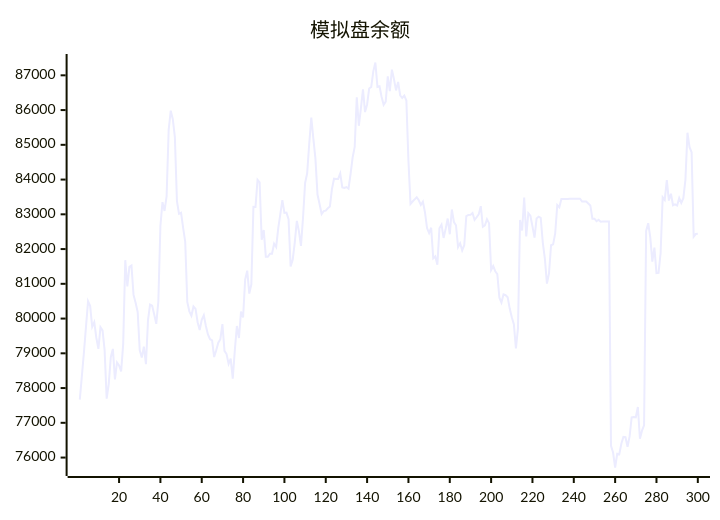
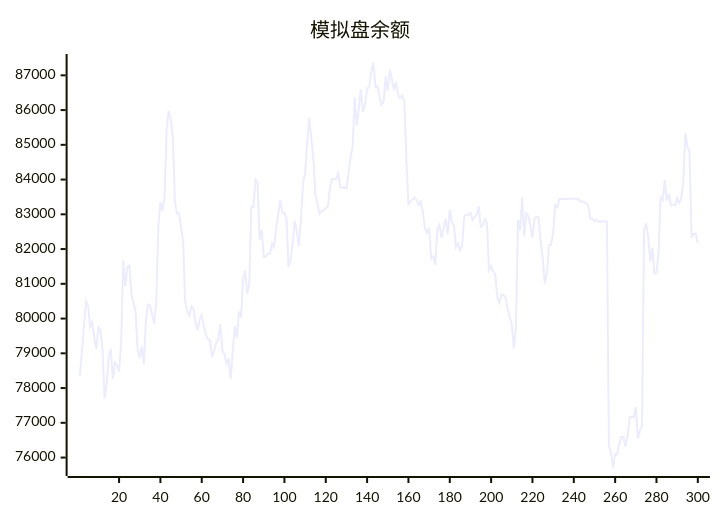
One commit to aahl/ai-trading changed the diagram in README.md. Above: the diagram before and after it, drawn with Mermaid. The commit also changed other lines of this file and 1 other file, not shown here.

````diff
--- a/README.md
+++ b/README.md
@@ -5,5 +5,5 @@
 ```mermaid
 xychart
     title "模拟盘余额"
-    line [77669,78346,79023,79769,80497,80366,79761,79896,79448,79126,79749,79658,79097,77695,78114,78888,79126,78249,78738,78653,78478,79271,81680,80923,81488,81527,80681,80455,80190,79084,78879,79193,78686,79954,80403,80374,80118,79848,80491,82665,83351,83098,83525,85430,85983,85737,85221,83378,83014,83043,82613,82216,80477,80208,80081,80348,80277,79894,79670,79965,80093,79786,79542,79406,79371,78893,79087,79304,79406,79841,79072,78978,78696,78846,78272,79085,79787,79442,80198,80031,81120,81379,80718,80985,83214,83212,83993,83921,82270,82547,81776,81776,81866,81866,82158,82061,82596,83000,83408,83041,83050,82858,81503,81691,82188,82812,82517,82092,82901,83898,84180,85030,85781,85178,84604,83569,83298,83008,83093,83107,83175,83228,83729,84025,84017,84019,84177,83775,83762,83785,83738,84160,84639,84939,86370,85548,86046,86599,85942,86161,86622,86664,87115,87369,86666,86685,86384,86152,86243,86969,86548,87164,86885,86566,86809,86427,86348,86417,86273,84538,83299,83369,83430,83490,83404,83270,83362,83056,82605,82459,82614,81734,81788,81551,82598,82702,82320,82580,82878,82426,83139,82778,82686,82056,82166,81963,82110,82951,82983,82984,83038,82838,82915,82998,83235,82642,82682,82858,82746,81396,81512,81362,81277,80600,80461,80699,80673,80616,80288,80038,79836,79142,79722,82837,82533,83480,82366,83032,82960,82654,82330,82883,82934,82901,82188,81728,81005,81298,82110,82135,82449,83264,83203,83440,83439,83440,83440,83446,83447,83448,83447,83448,83449,83369,83369,83369,83313,83256,82872,82873,82801,82844,82785,82791,82791,82793,82794,76339,76145,75714,76110,76096,76397,76594,76585,76310,76607,77160,77170,77160,77456,76541,76774,76927,82520,82744,82337,81639,82040,81307,81314,81887,83490,83414,83984,83396,83594,83261,83287,83253,83470,83327,83465,83987,85348,84930,84786,82355,82433,82438]
+    line [78346,79023,79769,80497,80366,79761,79896,79448,79126,79749,79658,79097,77695,78114,78888,79126,78249,78738,78653,78478,79271,81680,80923,81488,81527,80681,80455,80190,79084,78879,79193,78686,79954,80403,80374,80118,79848,80491,82665,83351,83098,83525,85430,85983,85737,85221,83378,83014,83043,82613,82216,80477,80208,80081,80348,80277,79894,79670,79965,80093,79786,79542,79406,79371,78893,79087,79304,79406,79841,79072,78978,78696,78846,78272,79085,79787,79442,80198,80031,81120,81379,80718,80985,83214,83212,83993,83921,82270,82547,81776,81776,81866,81866,82158,82061,82596,83000,83408,83041,83050,82858,81503,81691,82188,82812,82517,82092,82901,83898,84180,85030,85781,85178,84604,83569,83298,83008,83093,83107,83175,83228,83729,84025,84017,84019,84177,83775,83762,83785,83738,84160,84639,84939,86370,85548,86046,86599,85942,86161,86622,86664,87115,87369,86666,86685,86384,86152,86243,86969,86548,87164,86885,86566,86809,86427,86348,86417,86273,84538,83299,83369,83430,83490,83404,83270,83362,83056,82605,82459,82614,81734,81788,81551,82598,82702,82320,82580,82878,82426,83139,82778,82686,82056,82166,81963,82110,82951,82983,82984,83038,82838,82915,82998,83235,82642,82682,82858,82746,81396,81512,81362,81277,80600,80461,80699,80673,80616,80288,80038,79836,79142,79722,82837,82533,83480,82366,83032,82960,82654,82330,82883,82934,82901,82188,81728,81005,81298,82110,82135,82449,83264,83203,83440,83439,83440,83440,83446,83447,83448,83447,83448,83449,83369,83369,83369,83313,83256,82872,82873,82801,82844,82785,82791,82791,82793,82794,76339,76145,75714,76110,76096,76397,76594,76585,76310,76607,77160,77170,77160,77456,76541,76774,76927,82520,82744,82337,81639,82040,81307,81314,81887,83490,83414,83984,83396,83594,83261,83287,83253,83470,83327,83465,83987,85348,84930,84786,82355,82433,82438,82167]
 ```
````
